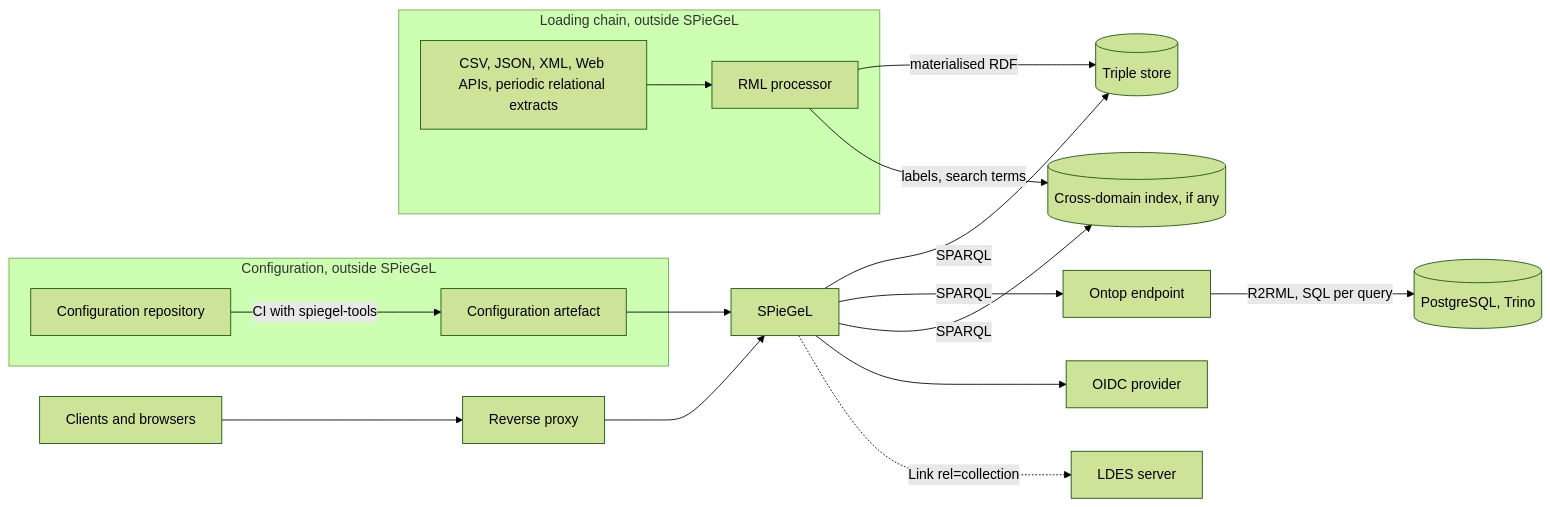
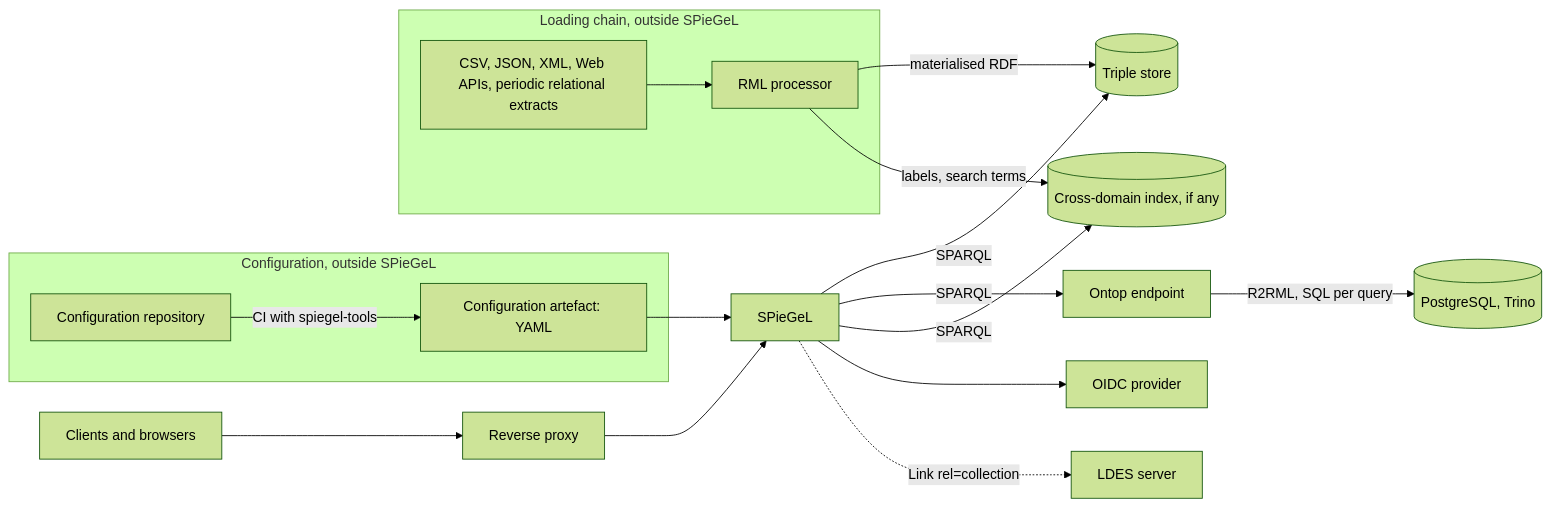
The first of 2 diagrams in docs/analysis/05-architecture/hexagonal-design.md (milieuinfo/SPieGeL), drawn with Mermaid (forest theme) before and after one commit. The commit also changed other lines of this file and 13 other files, not shown here.

First line of the commit message:
docs: configure tenants in YAML, bound in spiegel-bootstrap (ADR 0028)

````diff
--- a/docs/analysis/05-architecture/hexagonal-design.md
+++ b/docs/analysis/05-architecture/hexagonal-design.md
@@ -12,19 +12,19 @@
 ```mermaid
 flowchart LR
     CL[Clients and browsers] --> PX[Reverse proxy] --> S[SPieGeL]
     S -->|SPARQL| TS[(Triple store)]
     S -->|SPARQL| OT[Ontop endpoint]
     OT -->|R2RML, SQL per query| RDB[(PostgreSQL, Trino)]
     S -->|SPARQL| CX[(Cross-domain index, if any)]
     S --> IDP[OIDC provider]
     S -.->|Link rel=collection| LDES[LDES server]
     subgraph cfg [Configuration, outside SPieGeL]
-        REPO[Configuration repository] -->|CI with spiegel-tools| ART[Configuration artefact]
+        REPO[Configuration repository] -->|CI with spiegel-tools| ART[Configuration artefact: YAML]
     end
     ART --> S
     subgraph lc [Loading chain, outside SPieGeL]
         SRC[CSV, JSON, XML, Web APIs, periodic relational extracts] --> RML[RML processor]
     end
     RML -->|materialised RDF| TS
     RML -->|labels, search terms| CX
 ```
````
